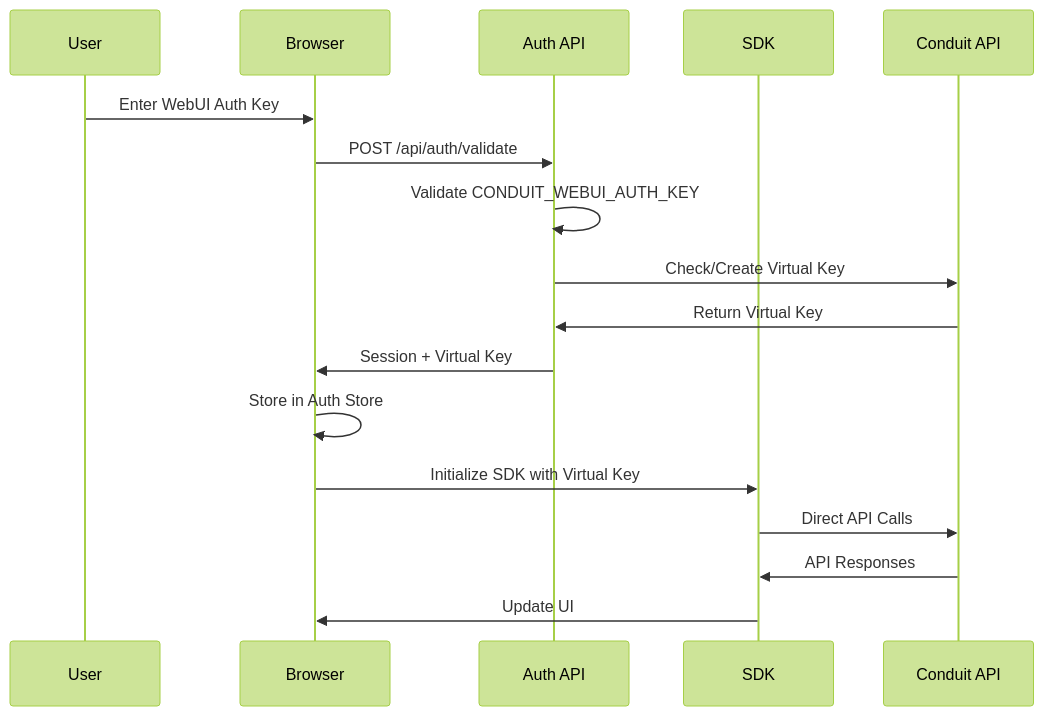
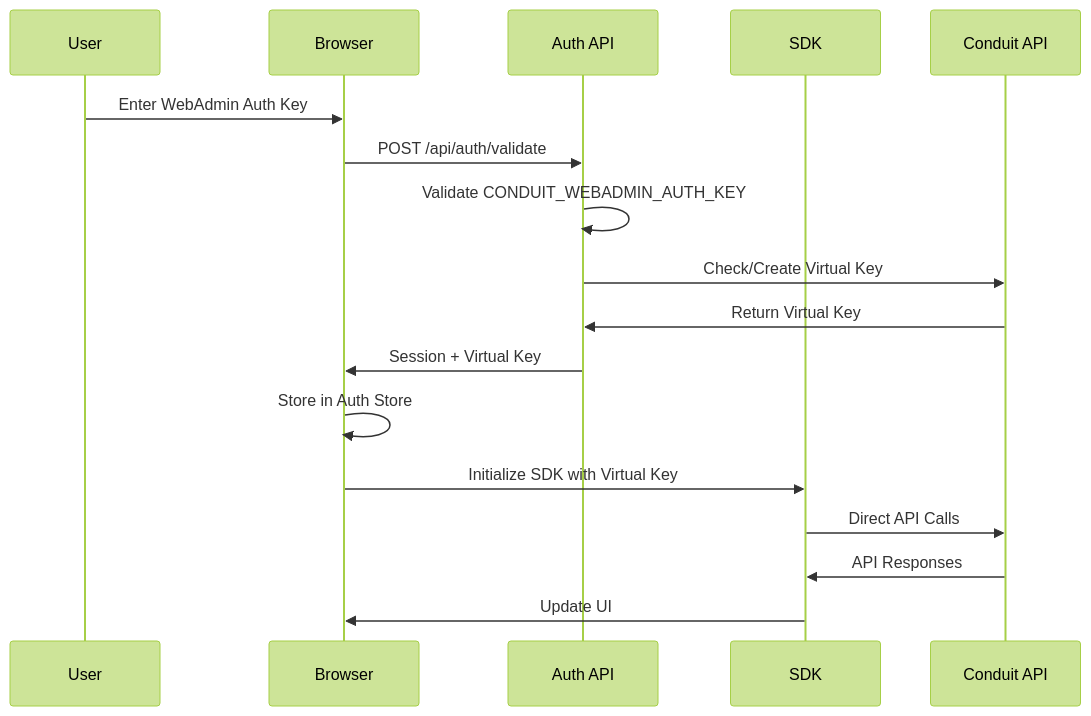
Before and after one commit to knnlabs/Conduit: the fourth of 7 diagrams in WebAdmin/docs/ARCHITECTURE.md, drawn with Mermaid (forest theme). The commit also changed other lines of this file and 111 other files, not shown here.

First line of the commit message:
refactor: rename WebUI to WebAdmin across the codebase

````diff
--- a/WebAdmin/docs/ARCHITECTURE.md
+++ b/WebAdmin/docs/ARCHITECTURE.md
@@ -75,20 +75,20 @@
 ```mermaid
 sequenceDiagram
     participant U as User
     participant B as Browser
     participant A as Auth API
     participant S as SDK
     participant C as Conduit API
     
-    U->>B: Enter WebUI Auth Key
+    U->>B: Enter WebAdmin Auth Key
     B->>A: POST /api/auth/validate
-    A->>A: Validate CONDUIT_WEBUI_AUTH_KEY
+    A->>A: Validate CONDUIT_WEBADMIN_AUTH_KEY
     A->>C: Check/Create Virtual Key
     C->>A: Return Virtual Key
     A->>B: Session + Virtual Key
     B->>B: Store in Auth Store
     B->>S: Initialize SDK with Virtual Key
     S->>C: Direct API Calls
     C->>S: API Responses
     S->>B: Update UI
 ```
````
